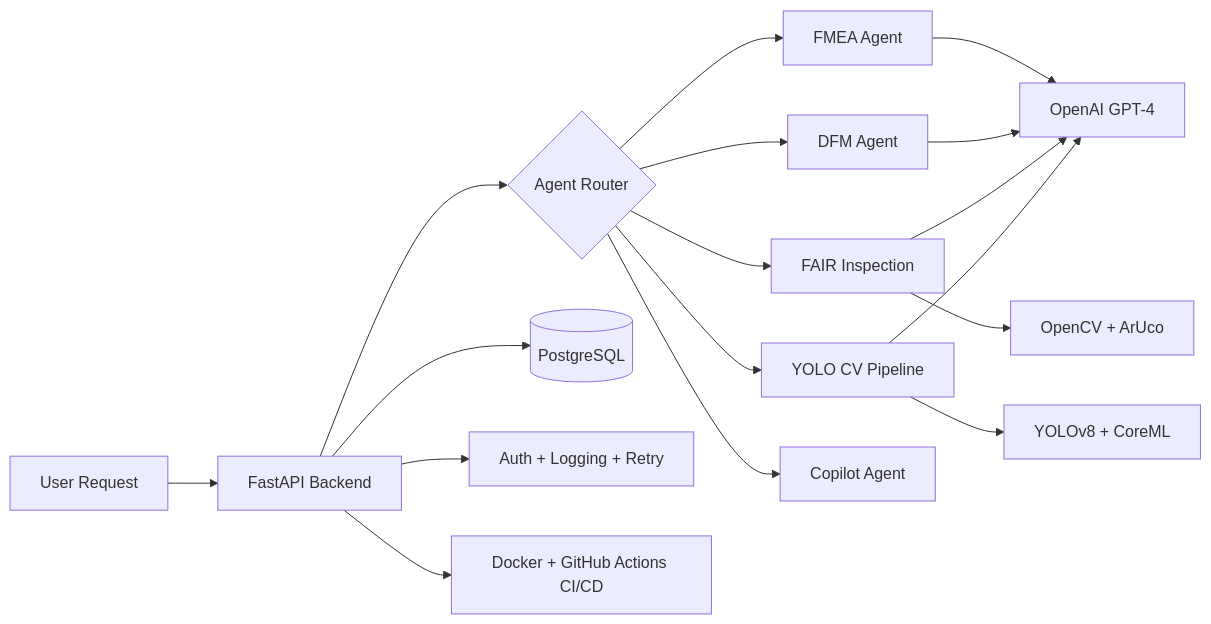
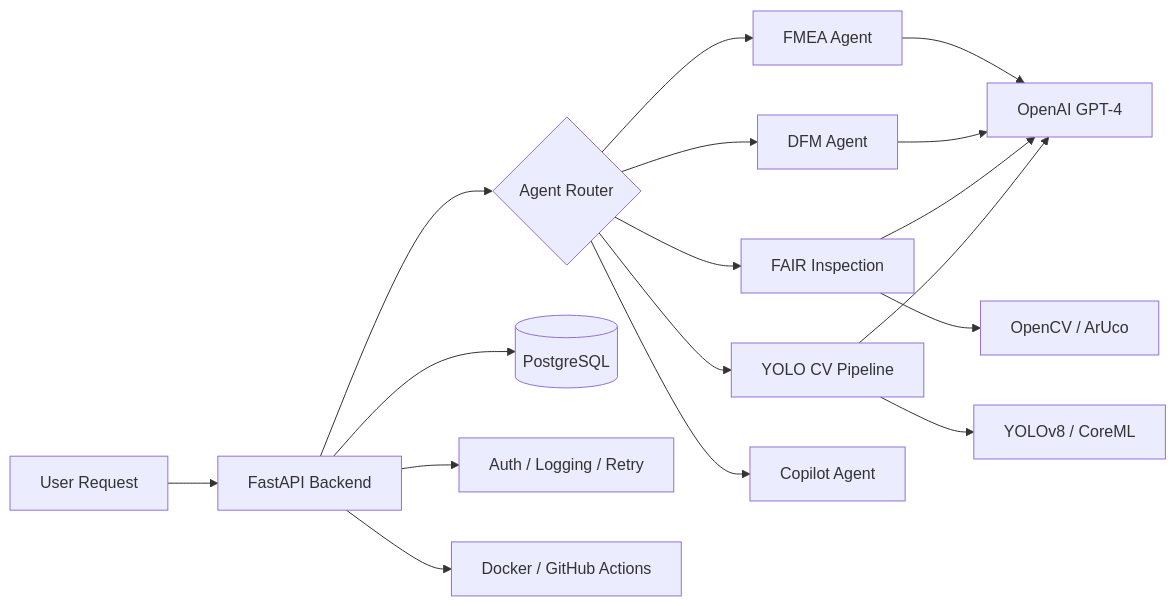
One commit to dawarazhar11/dawarazhar11 changed the first of 8 diagrams in README.md. Above: the diagram before and after it, drawn with Mermaid. The commit also changed other lines of this file, not shown here.

Commit message:
Fix Mermaid diagrams: quote labels, remove emojis, replace & joins

````diff
--- a/README.md
+++ b/README.md
@@ -140,16 +140,19 @@
 ```mermaid
 graph LR
-    A[User Request] --> B[FastAPI Backend]
-    B --> C{Agent Router}
-    C --> D[FMEA Agent]
-    C --> E[DFM Agent]
-    C --> F[FAIR Inspection]
-    C --> G[YOLO CV Pipeline]
-    C --> H[Copilot Agent]
-    D & E & F & G --> I[OpenAI GPT-4]
-    F --> J[OpenCV + ArUco]
-    G --> K[YOLOv8 + CoreML]
-    B --> L[(PostgreSQL)]
-    B --> M[Auth + Logging + Retry]
-    B --> N[Docker + GitHub Actions CI/CD]
+    A["User Request"] --> B["FastAPI Backend"]
+    B --> C{"Agent Router"}
+    C --> D["FMEA Agent"]
+    C --> E["DFM Agent"]
+    C --> F["FAIR Inspection"]
+    C --> G["YOLO CV Pipeline"]
+    C --> H["Copilot Agent"]
+    D --> I["OpenAI GPT-4"]
+    E --> I
+    F --> I
+    G --> I
+    F --> J["OpenCV / ArUco"]
+    G --> K["YOLOv8 / CoreML"]
+    B --> L[("PostgreSQL")]
+    B --> M["Auth / Logging / Retry"]
+    B --> N["Docker / GitHub Actions"]
 ```
````
